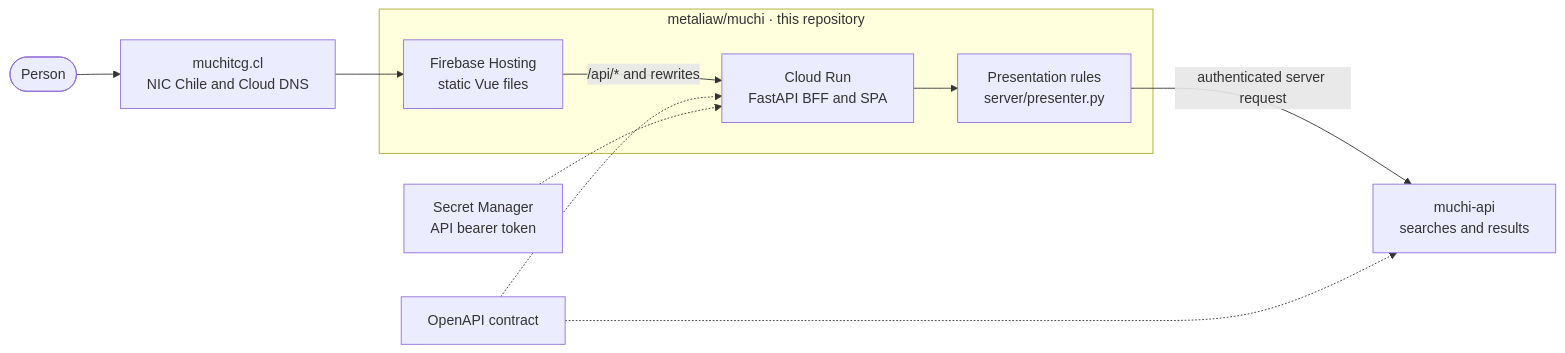
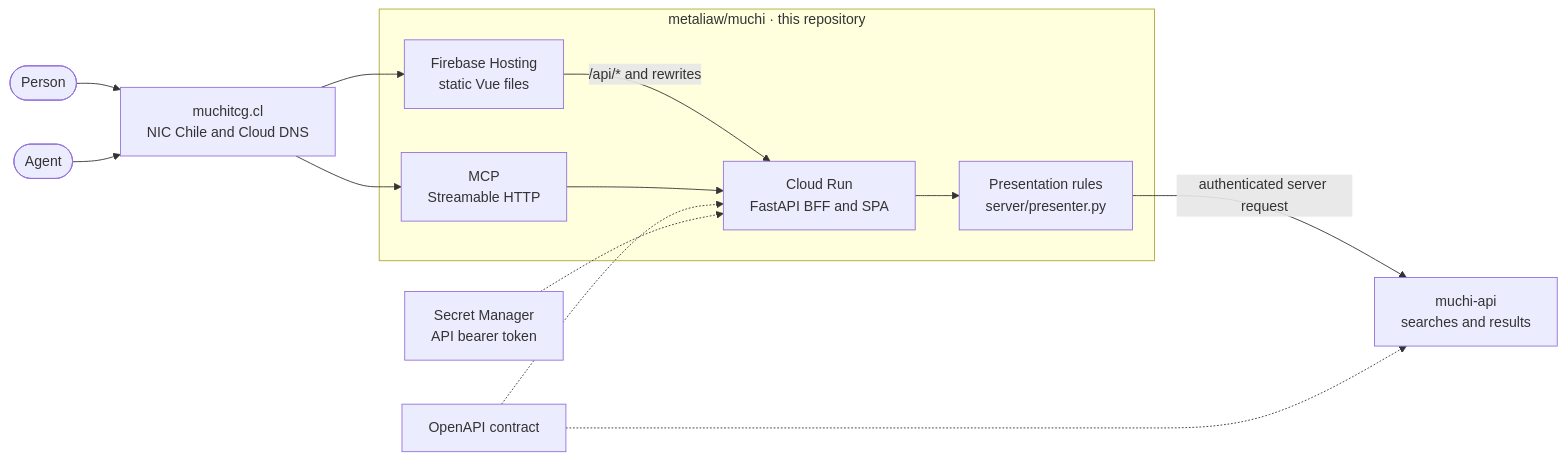
Before and after one commit to metaliaw/muchi: the first of 2 diagrams in docs/architecture.md, drawn with Mermaid. The commit also changed other lines of this file and 10 other files, not shown here.

````diff
--- a/docs/architecture.md
+++ b/docs/architecture.md
@@ -15,23 +15,27 @@
 ```mermaid
 flowchart LR
     person([Person])
+    agent([Agent])
     dns["muchitcg.cl<br/>NIC Chile and Cloud DNS"]
 
     subgraph front["metaliaw/muchi · this repository"]
         hosting["Firebase Hosting<br/>static Vue files"]
         bff["Cloud Run<br/>FastAPI BFF and SPA"]
+        mcp["MCP<br/>Streamable HTTP"]
         presenter["Presentation rules<br/>server/presenter.py"]
         hosting -->|"/api/* and rewrites"| bff
+        mcp --> bff
         bff --> presenter
     end
 
     api["muchi-api<br/>searches and results"]
     contract["OpenAPI contract"]
     secret["Secret Manager<br/>API bearer token"]
 
     person --> dns --> hosting
+    agent --> dns --> mcp
     presenter -->|"authenticated server request"| api
     contract -.-> bff
     contract -.-> api
     secret -.-> bff
 ```
````
